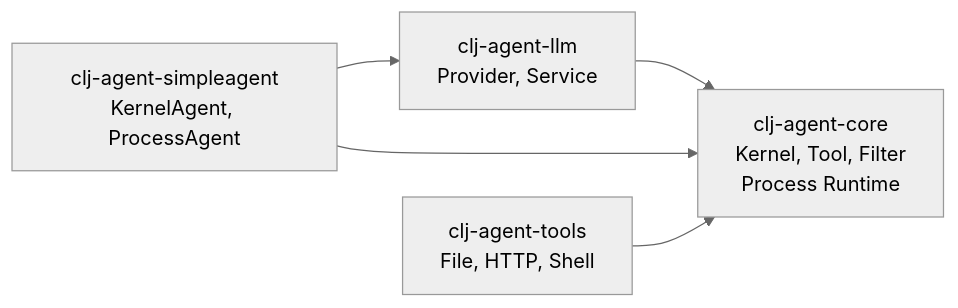
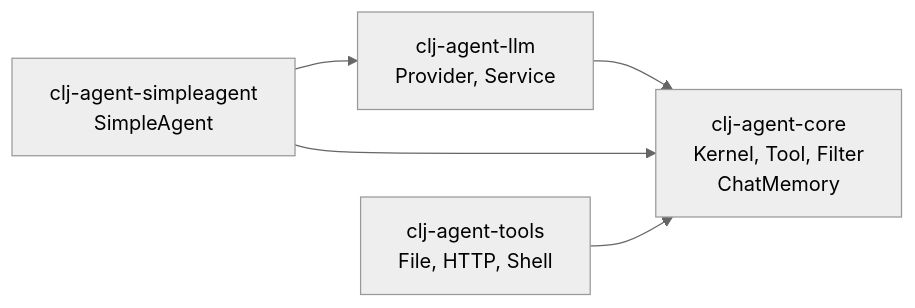
Before and after one commit to TTalkPro/clj-agent: the second of 2 diagrams in README_EN.md, drawn with Mermaid (neutral theme). The commit also changed other lines of this file and 9 other files, not shown here.

````diff
--- a/README_EN.md
+++ b/README_EN.md
@@ -69,12 +62,12 @@
 ```mermaid
 graph LR
-    core[clj-agent-core<br/>Kernel, Tool, Filter<br/>Process Runtime]
+    core[clj-agent-core<br/>Kernel, Tool, Filter<br/>ChatMemory]
     llm[clj-agent-llm<br/>Provider, Service]
-    sa[clj-agent-simpleagent<br/>KernelAgent, ProcessAgent]
+    sa[clj-agent-simpleagent<br/>SimpleAgent]
     tools[clj-agent-tools<br/>File, HTTP, Shell]
 
     llm --> core
     sa --> core
     sa --> llm
     tools --> core
 ```
````
